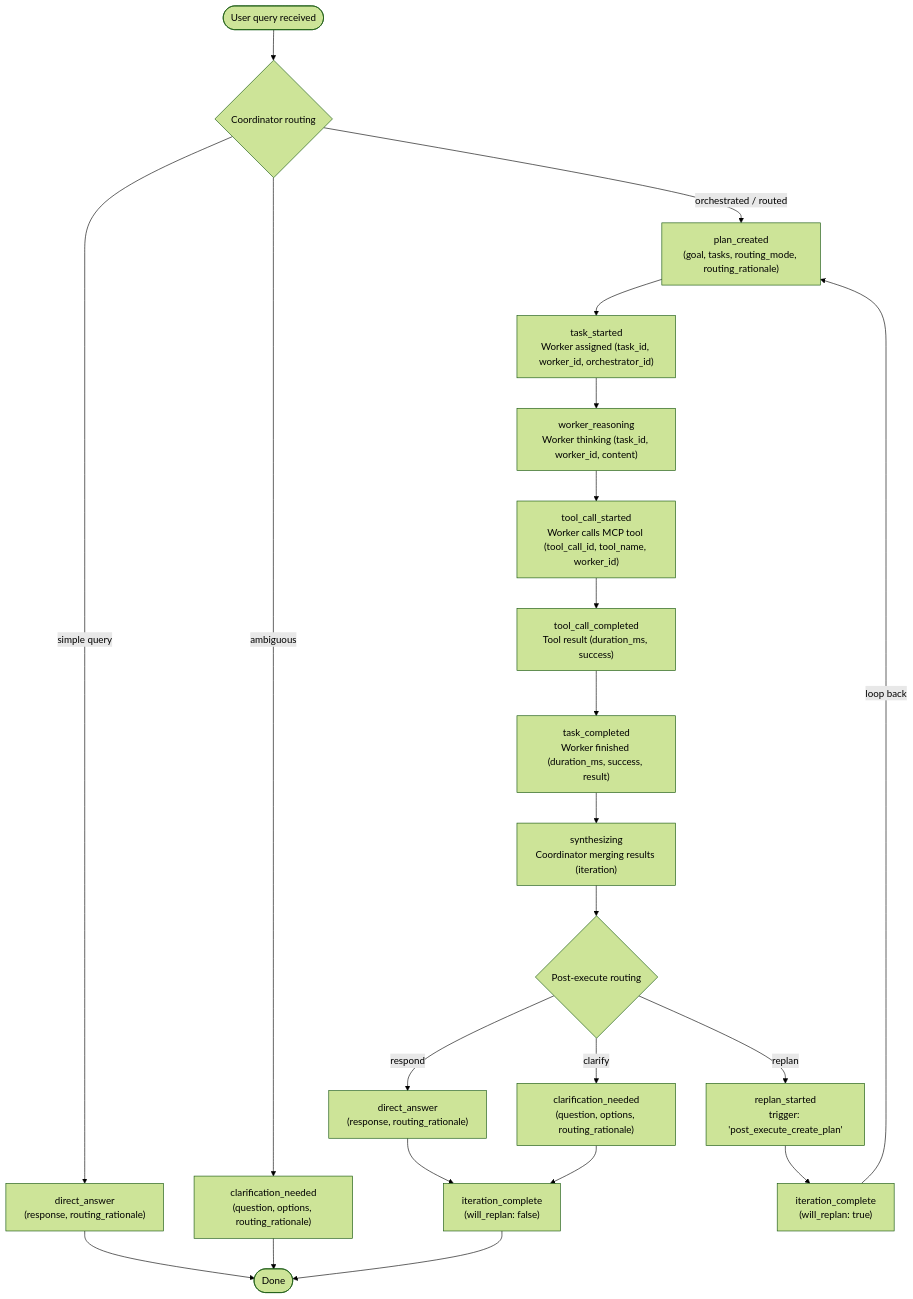
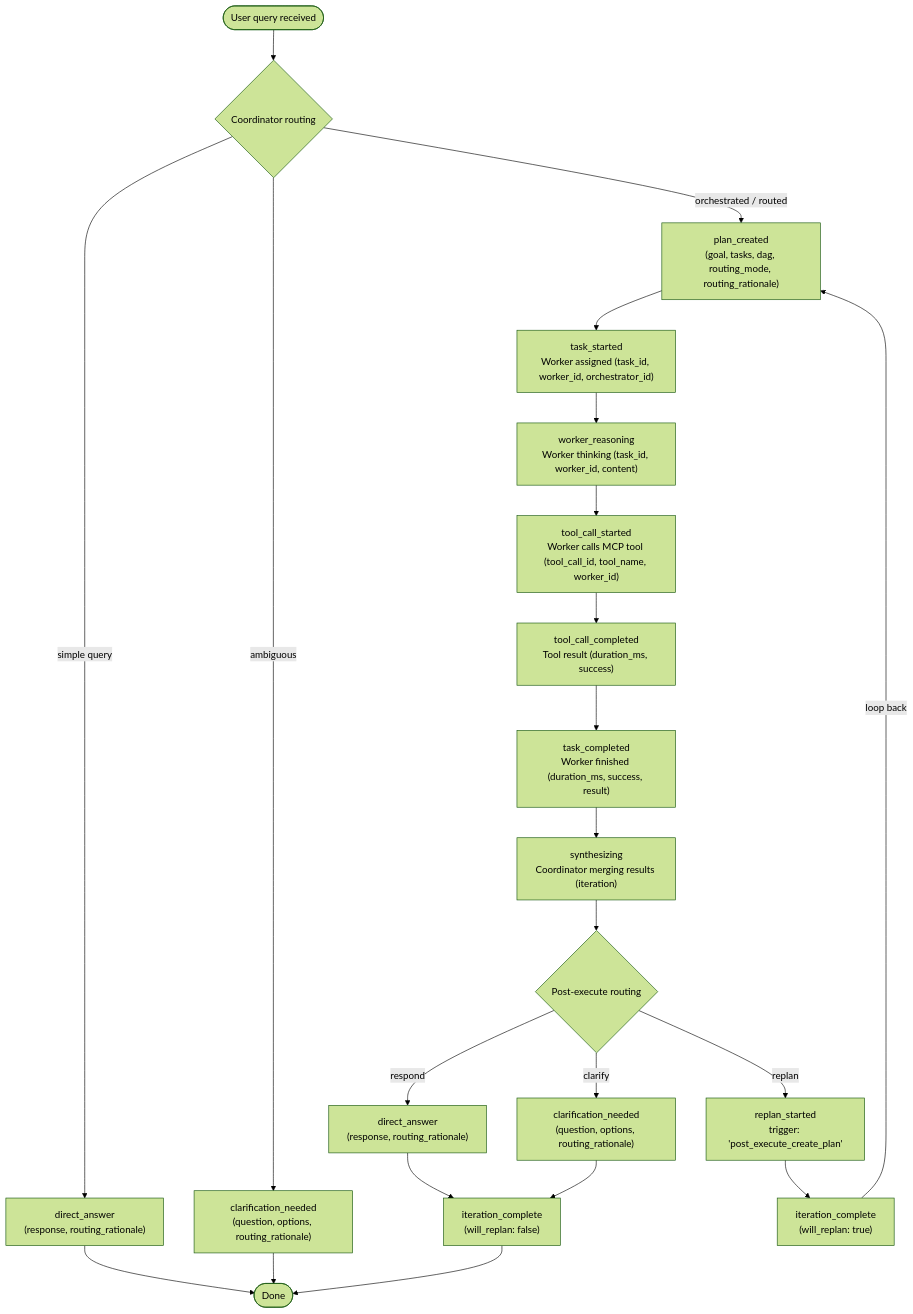
The third of 4 diagrams in docs/streaming-api-guide.md (mezmo/aura), drawn with Mermaid (forest theme) before and after one commit. The commit also changed other lines of this file and 5 other files, not shown here.

First line of the commit message:
feat(events): add dependency dag to plan_created and task_started

````diff
--- a/docs/streaming-api-guide.md
+++ b/docs/streaming-api-guide.md
@@ -374,30 +374,30 @@
 ```mermaid
 flowchart TD
     A([User query received]) --> R{Coordinator routing}
 
-    R -->|orchestrated / routed| B["plan_created<br/>(goal, tasks, routing_mode, routing_rationale)"]
+    R -->|orchestrated / routed| B["plan_created<br/>(goal, tasks, dag, routing_mode, routing_rationale)"]
     R -->|simple query| DA["direct_answer<br/>(response, routing_rationale)"]
     R -->|ambiguous| CL["clarification_needed<br/>(question, options, routing_rationale)"]
 
     DA --> Z([Done])
     CL --> Z
 
     B --> C["task_started<br/>Worker assigned (task_id, worker_id, orchestrator_id)"]
     C --> D["worker_reasoning<br/>Worker thinking (task_id, worker_id, content)"]
     D --> E["tool_call_started<br/>Worker calls MCP tool (tool_call_id, tool_name, worker_id)"]
     E --> F["tool_call_completed<br/>Tool result (duration_ms, success)"]
     F --> G["task_completed<br/>Worker finished (duration_ms, success, result)"]
     G --> H["synthesizing<br/>Coordinator merging results (iteration)"]
 
     H --> PE{Post-execute routing}
     PE -->|respond| DA2["direct_answer<br/>(response, routing_rationale)"]
     PE -->|clarify| CL2["clarification_needed<br/>(question, options, routing_rationale)"]
     PE -->|replan| J["replan_started<br/>trigger: 'post_execute_create_plan'"]
 
     DA2 --> I["iteration_complete<br/>(will_replan: false)"]
     CL2 --> I
     J --> I2["iteration_complete<br/>(will_replan: true)"]
     I2 -->|loop back| B
 
     I --> Z
 ```
````
